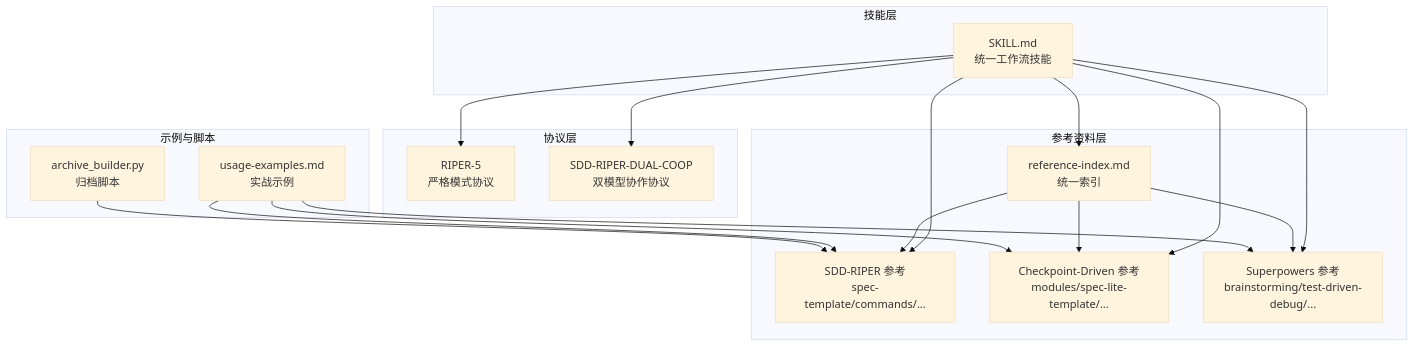
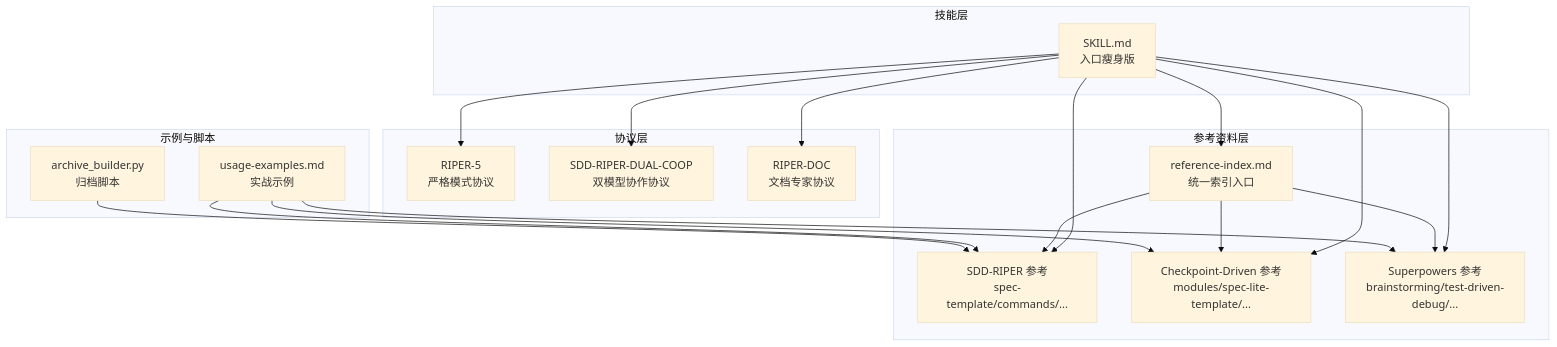
One commit to AngelWings1997/altas changed the first of 8 diagrams in .qoder/repowiki/zh/content/项目概述/工作流架构/工作流架构.md. Above: the diagram before and after it, drawn with Mermaid (base theme). The commit also changed other lines of this file and 11 other files, not shown here.

````diff
--- a/.qoder/repowiki/zh/content/项目概述/工作流架构/工作流架构.md
+++ b/.qoder/repowiki/zh/content/项目概述/工作流架构/工作流架构.md
@@ -43,33 +49,35 @@
 ```mermaid
 graph TB
 subgraph "技能层"
-SKILL["SKILL.md<br/>统一工作流技能"]
+SKILL["SKILL.md<br/>入口瘦身版"]
 end
 subgraph "协议层"
 RIPER5["RIPER-5<br/>严格模式协议"]
 DUALCOOP["SDD-RIPER-DUAL-COOP<br/>双模型协作协议"]
+DOC["RIPER-DOC<br/>文档专家协议"]
 end
 subgraph "参考资料层"
-IDX["reference-index.md<br/>统一索引"]
+IDX["reference-index.md<br/>统一索引入口"]
 SDD["SDD-RIPER 参考<br/>spec-template/commands/..."]
 OPT["Checkpoint-Driven 参考<br/>modules/spec-lite-template/..."]
 SUPER["Superpowers 参考<br/>brainstorming/test-driven-debug/..."]
 end
 subgraph "示例与脚本"
 EX["usage-examples.md<br/>实战示例"]
 ARC["archive_builder.py<br/>归档脚本"]
 end
 SKILL --> IDX
 SKILL --> SDD
 SKILL --> OPT
 SKILL --> SUPER
 SKILL --> RIPER5
 SKILL --> DUALCOOP
+SKILL --> DOC
 IDX --> SDD
 IDX --> OPT
 IDX --> SUPER
 EX --> SDD
 EX --> OPT
 EX --> SUPER
 ARC --> SDD
 ```
````
